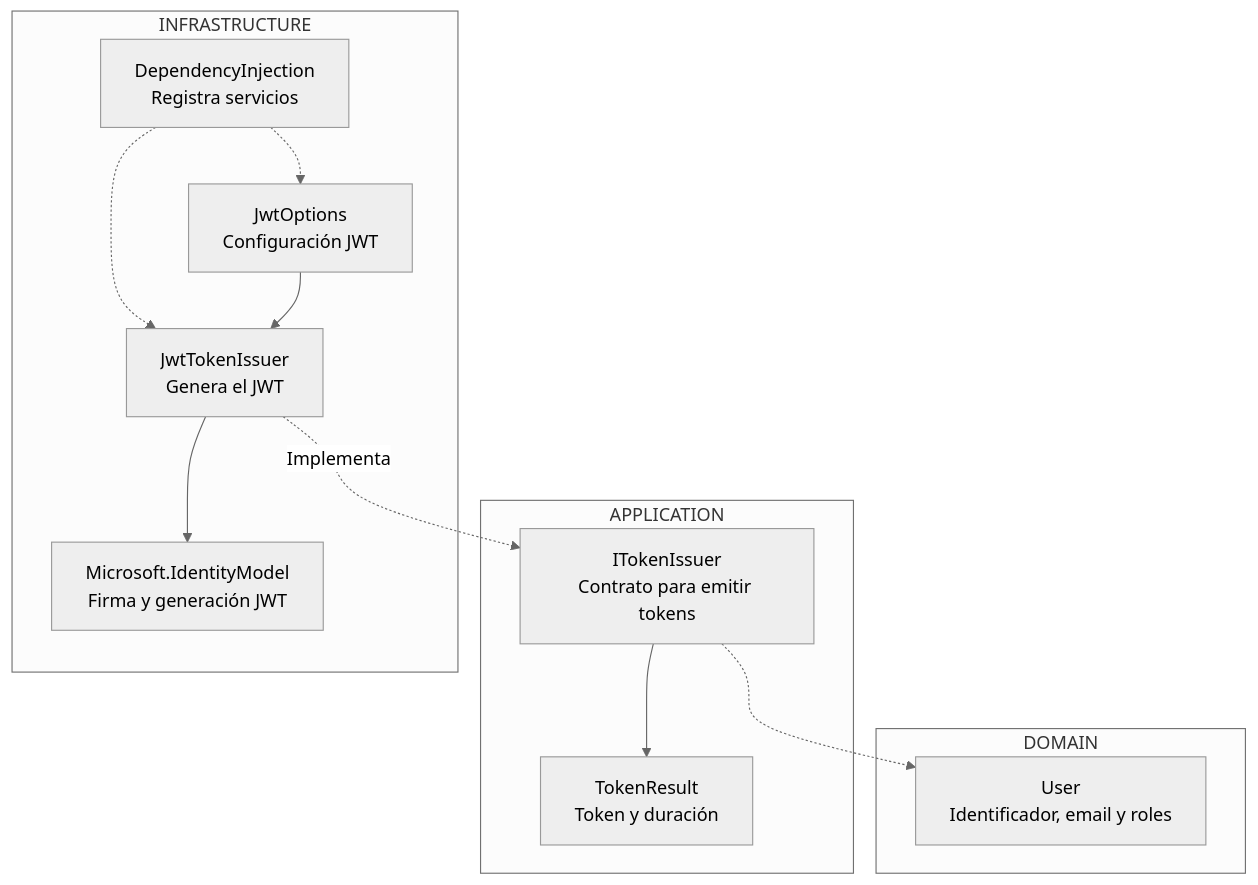
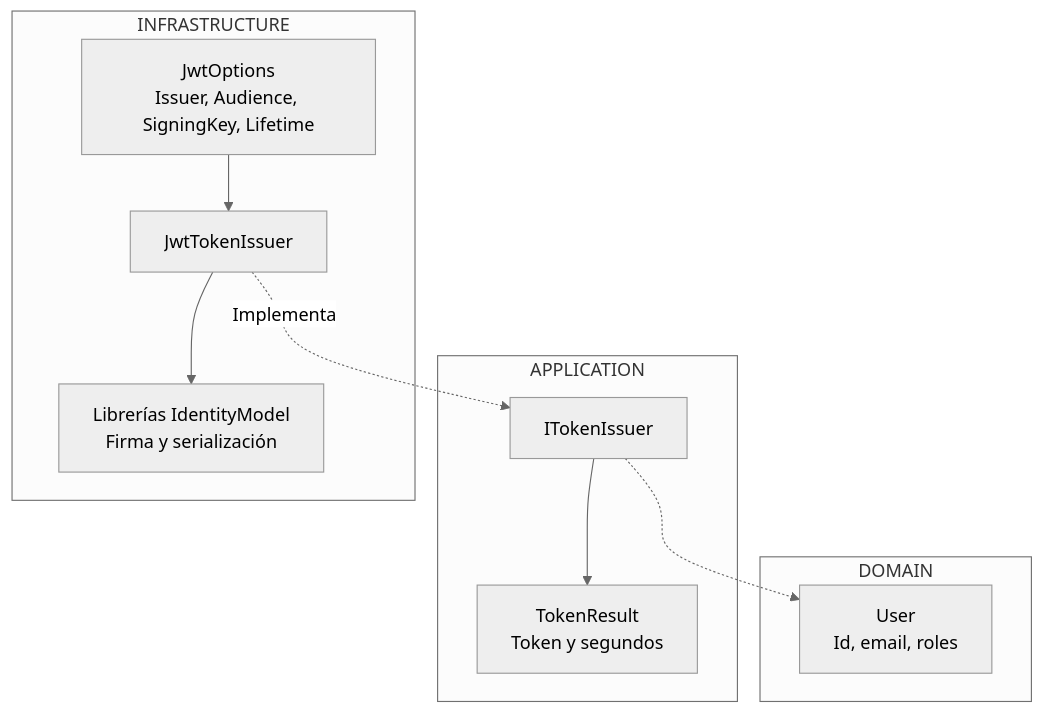
The third of 7 diagrams in specs/implementation/02-identidad-roles-jwt-imp.md (MLahuasi/FEPP-ContaOps), drawn with Mermaid (neutral theme) before and after one commit. The commit also changed other lines of this file and 22 other files, not shown here.

Commit message:
FEPP-ContaOps - spec-02-identidad-roles-jwt -  Implementado parcialmente — validación pendiente

````diff
--- a/specs/implementation/02-identidad-roles-jwt-imp.md
+++ b/specs/implementation/02-identidad-roles-jwt-imp.md
@@ -333,27 +160,17 @@
 ```mermaid
 flowchart TB
     subgraph Domain["DOMAIN"]
-        User["User<br/>Identificador, email y roles"]
+        User["User<br/>Id, email, roles"]
     end
-
     subgraph Application["APPLICATION"]
-        Token["ITokenIssuer<br/>Contrato para emitir tokens"]
-        Result["TokenResult<br/>Token y duración"]
+        Port["ITokenIssuer"] --> Result["TokenResult<br/>Token y segundos"]
     end
-
     subgraph Infrastructure["INFRASTRUCTURE"]
-        Issuer["JwtTokenIssuer<br/>Genera el JWT"]
-        Options["JwtOptions<br/>Configuración JWT"]
-        Library["Microsoft.IdentityModel<br/>Firma y generación JWT"]
-        DI["DependencyInjection<br/>Registra servicios"]
-
-        DI -.-> Issuer
-        DI -.-> Options
-        Options --> Issuer
-        Issuer --> Library
+        Issuer["JwtTokenIssuer"]
+        Options["JwtOptions<br/>Issuer, Audience, SigningKey, Lifetime"]
+        Lib["Librerías IdentityModel<br/>Firma y serialización"]
+        Options --> Issuer --> Lib
     end
-
-    Issuer -.->|Implementa| Token
-    Token -.-> User
-    Token --> Result
+    Issuer -.->|Implementa| Port
+    Port -.-> User
 ```
````
